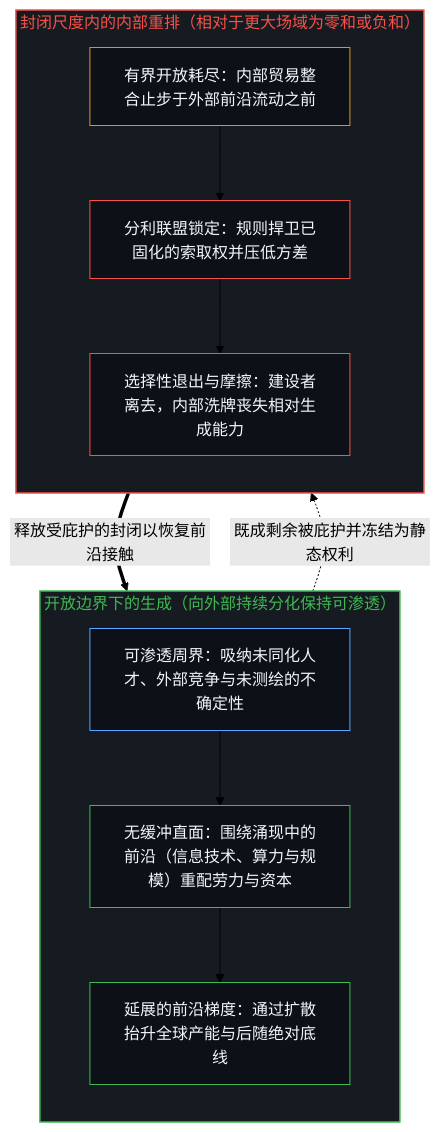
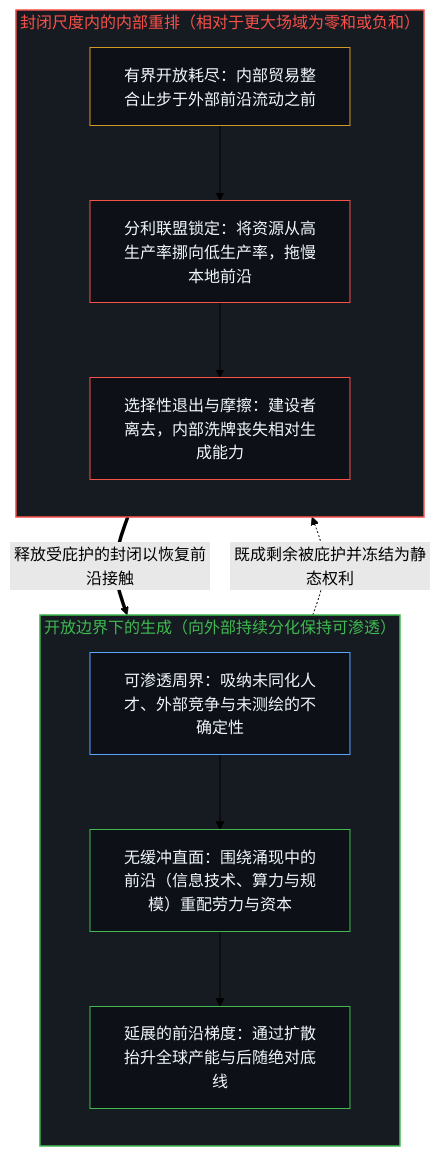
The third of 4 diagrams in content/posts/generation-beyond-the-boundary-and-internal-rearrangement.md (powerpig99/not-a-toe), drawn with Mermaid (forest theme) before and after one commit. The commit also changed other lines of this file and 1 other file, not shown here.

````diff
--- a/content/posts/generation-beyond-the-boundary-and-internal-rearrangement.md
+++ b/content/posts/generation-beyond-the-boundary-and-internal-rearrangement.md
@@ -125,27 +125,27 @@
 ```mermaid
 flowchart TD
     subgraph S_Ext["开放边界下的生成（向外部持续分化保持可渗透）"]
         direction TB
         G1["可渗透周界：吸纳未同化人才、外部竞争与未测绘的不确定性"]
         G2["无缓冲直面：围绕涌现中的前沿（信息技术、算力与规模）重配劳力与资本"]
         G3["延展的前沿梯度：通过扩散抬升全球产能与后随绝对底线"]
         G1 --> G2 --> G3
     end
     subgraph S_Int["封闭尺度内的内部重排（相对于更大场域为零和或负和）"]
         direction TB
         R1["有界开放耗尽：内部贸易整合止步于外部前沿流动之前"]
-        R2["分利联盟锁定：规则捍卫已固化的索取权并压低方差"]
+        R2["分利联盟锁定：将资源从高生产率挪向低生产率，拖慢本地前沿"]
         R3["选择性退出与摩擦：建设者离去，内部洗牌丧失相对生成能力"]
         R1 --> R2 --> R3
     end
     G3 -.->|"既成剩余被庇护并冻结为静态权利"| R1
     R3 ==>|"释放受庇护的封闭以恢复前沿接触"| G1
     style S_Ext fill:#161b22,stroke:#3fb950,stroke-width:1.5px,color:#3fb950
     style S_Int fill:#161b22,stroke:#f85149,stroke-width:1.5px,color:#f85149
     style G1 fill:#0d1117,stroke:#58a6ff,stroke-width:1px,color:#f0f6fc
     style G2 fill:#0d1117,stroke:#3fb950,stroke-width:1px,color:#f0f6fc
     style G3 fill:#0d1117,stroke:#3fb950,stroke-width:1px,color:#f0f6fc
     style R1 fill:#0d1117,stroke:#d29922,stroke-width:1px,color:#f0f6fc
     style R2 fill:#0d1117,stroke:#f85149,stroke-width:1px,color:#f0f6fc
     style R3 fill:#0d1117,stroke:#f85149,stroke-width:1px,color:#f0f6fc
 ```
````
